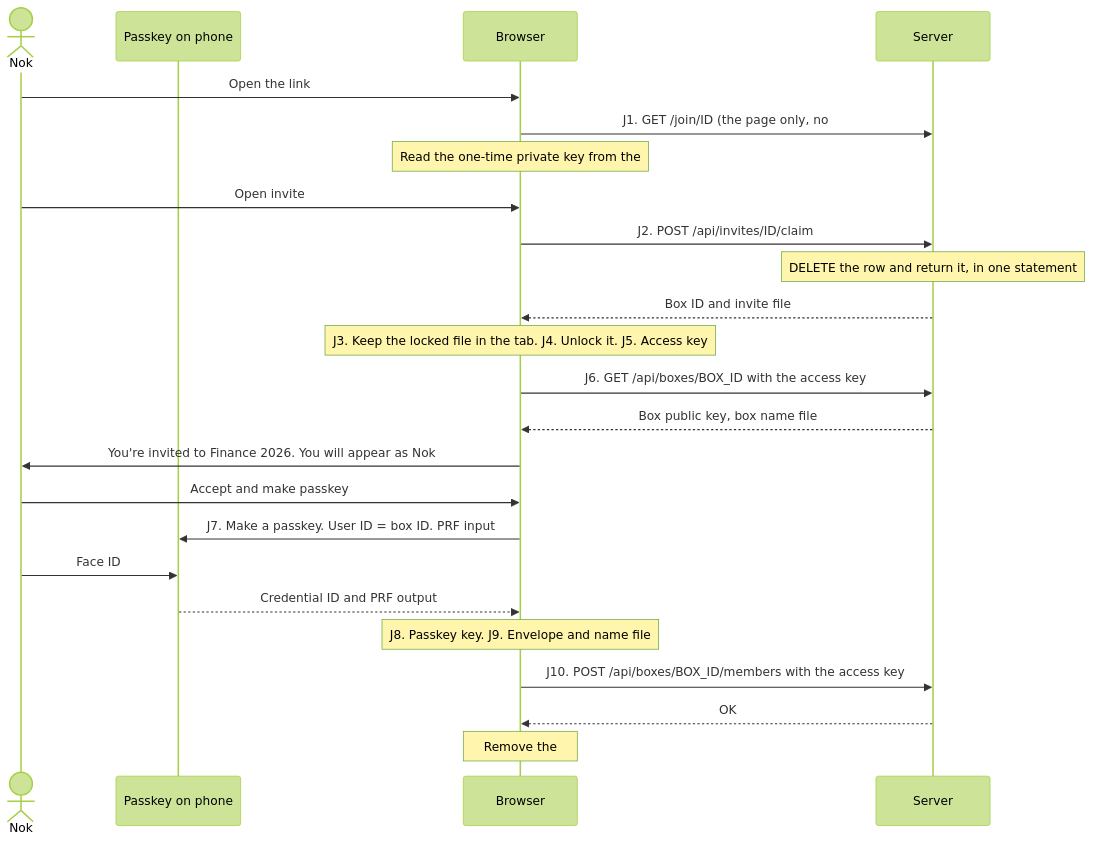
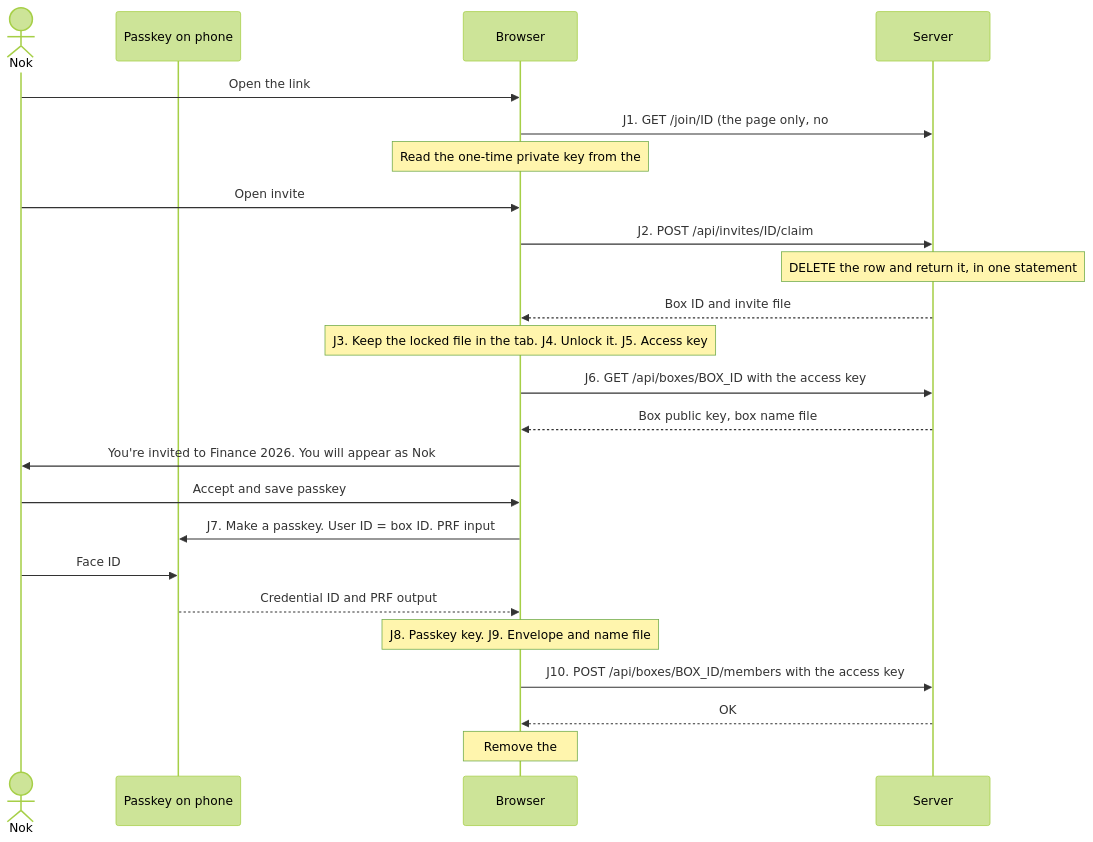
The first of 2 diagrams in docs/05-use-invite.md (intaniger/secretbox), drawn with Mermaid (forest theme) before and after one commit. The commit also changed other lines of this file and 9 other files, not shown here.

````diff
--- a/docs/05-use-invite.md
+++ b/docs/05-use-invite.md
@@ -35,26 +35,26 @@
 ```mermaid
 sequenceDiagram
   actor N as Nok
   participant P as Passkey on phone
   participant B as Browser
   participant S as Server
   N->>B: Open the link
   B->>S: J1. GET /join/ID (the page only, no # part)
   Note over B: Read the one-time private key from the # part
   N->>B: Open invite
   B->>S: J2. POST /api/invites/ID/claim
   Note over S: DELETE the row and return it, in one statement
   S-->>B: Box ID and invite file
   Note over B: J3. Keep the locked file in the tab. J4. Unlock it. J5. Access key
   B->>S: J6. GET /api/boxes/BOX_ID with the access key
   S-->>B: Box public key, box name file
   B->>N: You're invited to Finance 2026. You will appear as Nok
-  N->>B: Accept and make passkey
+  N->>B: Accept and save passkey
   B->>P: J7. Make a passkey. User ID = box ID. PRF input
   N->>P: Face ID
   P-->>B: Credential ID and PRF output
   Note over B: J8. Passkey key. J9. Envelope and name file
   B->>S: J10. POST /api/boxes/BOX_ID/members with the access key
   S-->>B: OK
   Note over B: Remove the # part from the address. The box is open
 ```
````
